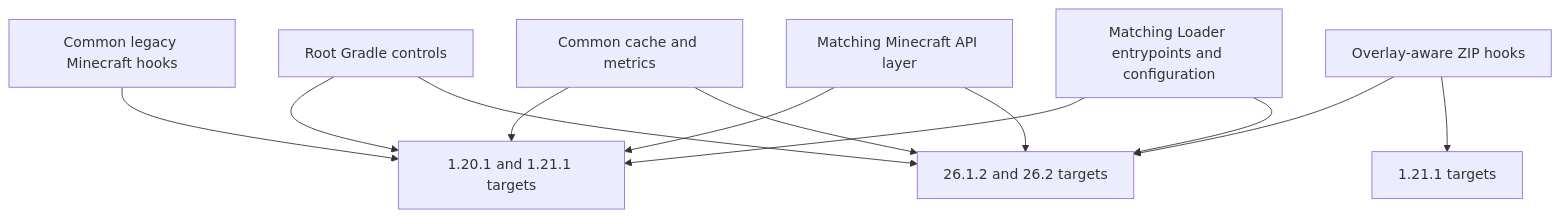
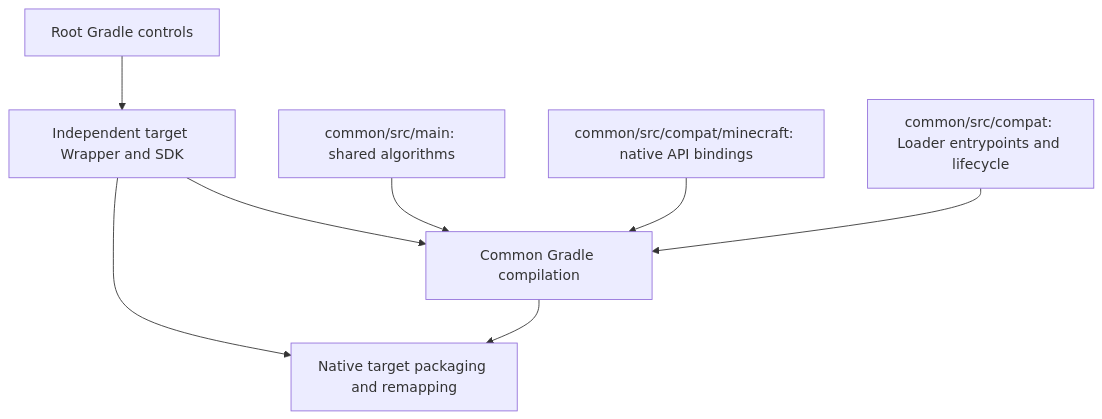
Before and after one commit to kltyton/LightSpeedRe: the diagram in docs/development/build.md, drawn with Mermaid. The commit also changed other lines of this file and 307 other files, not shown here.

````diff
--- a/docs/development/build.md
+++ b/docs/development/build.md
@@ -7,14 +7,10 @@
 ```mermaid
 flowchart TD
-    root[Root Gradle controls] --> legacy[1.20.1 and 1.21.1 targets]
-    root --> modern[26.1.2 and 26.2 targets]
-    shared[Common cache and metrics] --> legacy
-    shared --> modern
-    classic[Common legacy Minecraft hooks] --> legacy
-    overlays[Overlay-aware ZIP hooks] --> modern
-    overlays --> v21[1.21.1 targets]
-    versions[Matching Minecraft API layer] --> legacy
-    versions --> modern
-    loaders[Matching Loader entrypoints and configuration] --> legacy
-    loaders --> modern
+    root[Root Gradle controls] --> target[Independent target Wrapper and SDK]
+    target --> common[Common Gradle compilation]
+    shared[common/src/main: shared algorithms] --> common
+    api[common/src/compat/minecraft: native API bindings] --> common
+    loader[common/src/compat: Loader entrypoints and lifecycle] --> common
+    common --> artifact[Native target packaging and remapping]
+    target --> artifact
 ```
````
